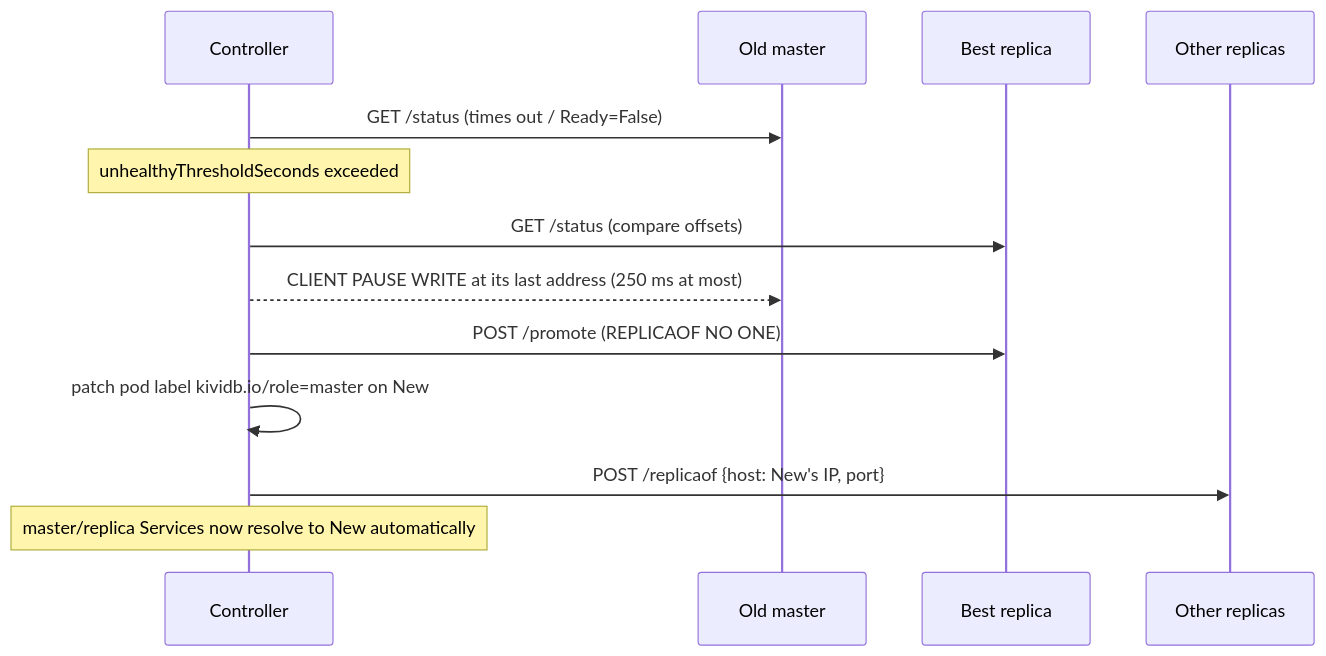
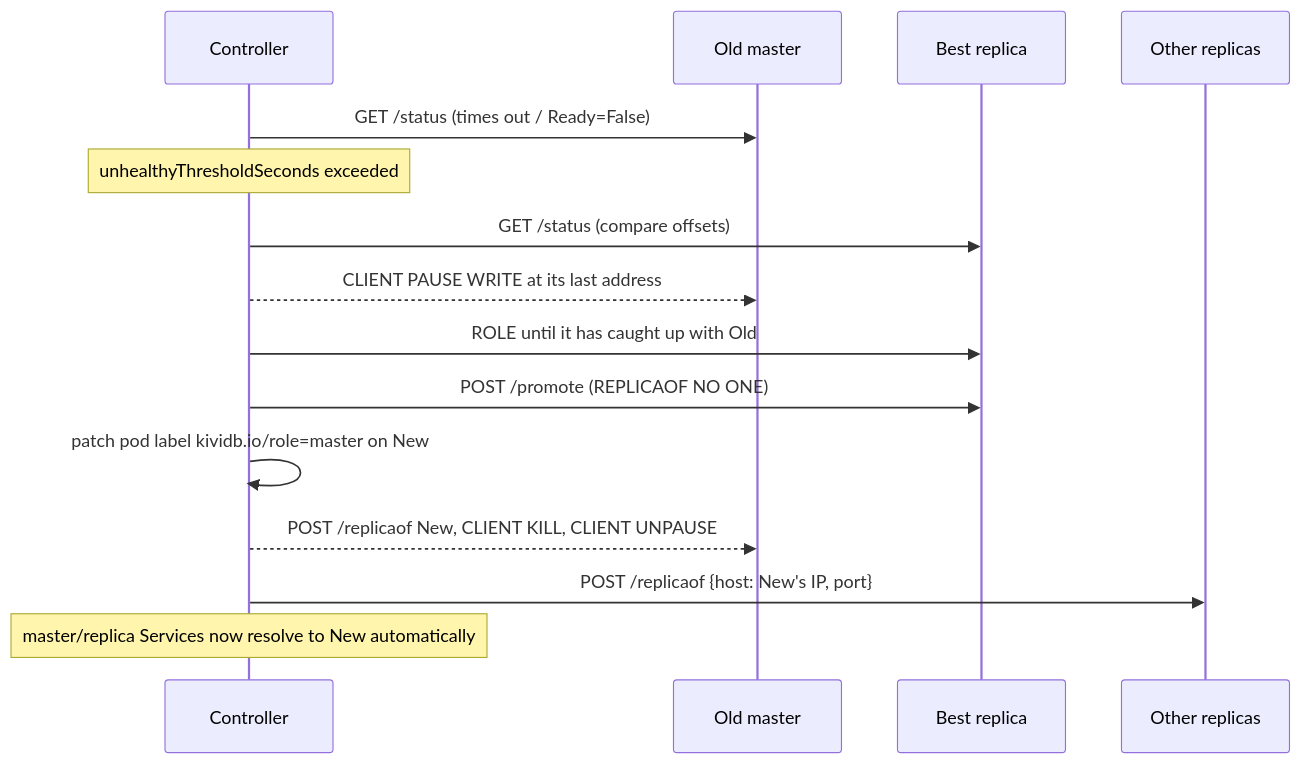
Before and after one commit to kividbio/kividb-operator: the second of 2 diagrams in docs/ARCHITECTURE.md, drawn with Mermaid. The commit also changed other lines of this file and 14 other files, not shown here.

````diff
--- a/docs/ARCHITECTURE.md
+++ b/docs/ARCHITECTURE.md
@@ -229,16 +235,18 @@
 ```mermaid
 sequenceDiagram
     participant Ctrl as Controller
     participant Old as Old master
     participant New as Best replica
     participant Others as Other replicas
 
     Ctrl->>Old: GET /status (times out / Ready=False)
     Note over Ctrl: unhealthyThresholdSeconds exceeded
     Ctrl->>New: GET /status (compare offsets)
-    Ctrl-->>Old: CLIENT PAUSE WRITE at its last address (250 ms at most)
+    Ctrl-->>Old: CLIENT PAUSE WRITE at its last address
+    Ctrl->>New: ROLE until it has caught up with Old
     Ctrl->>New: POST /promote  (REPLICAOF NO ONE)
     Ctrl->>Ctrl: patch pod label kividb.io/role=master on New
+    Ctrl-->>Old: POST /replicaof New, CLIENT KILL, CLIENT UNPAUSE
     Ctrl->>Others: POST /replicaof {host: New's IP, port}
     Note over Ctrl: master/replica Services now resolve to New automatically
 ```
````
